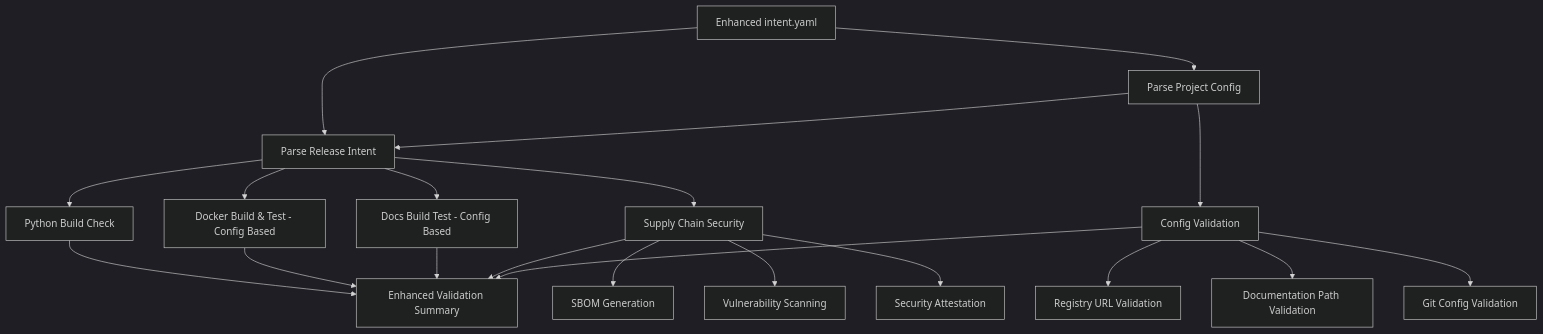
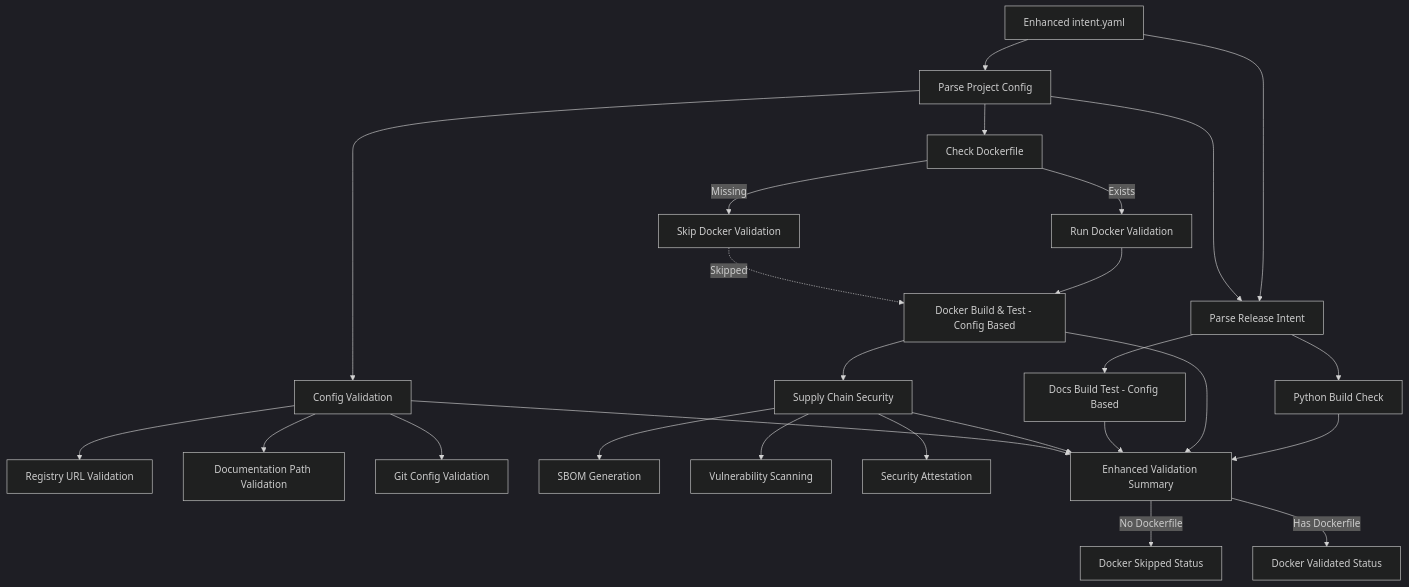
Before and after one commit to Chisanan232/Template-Python-UV-Project: the second of 8 diagrams in docs_with_docusarus/contents/development/ci-cd/release-system.mdx, drawn with Mermaid (dark theme). The commit also changed other lines of this file and 1 other file, not shown here.

Commit message:
✏️ Update the release relative content in the documentation for the Dockerfile checking changes.

````diff
--- a/docs_with_docusarus/contents/development/ci-cd/release-system.mdx
+++ b/docs_with_docusarus/contents/development/ci-cd/release-system.mdx
@@ -156,22 +184,29 @@
 ```mermaid
 graph TD
     A[Enhanced intent.yaml] --> B[Parse Project Config]
     A --> C[Parse Release Intent]
     B --> C
     
+    B --> B1[Check Dockerfile]
+    B1 -->|Exists| B2[Run Docker Validation]
+    B1 -->|Missing| B3[Skip Docker Validation]
+    
     C --> D[Python Build Check]
-    C --> E[Docker Build & Test - Config Based]
+    B2 --> E[Docker Build & Test - Config Based]
+    B3 -.->|Skipped| E
     C --> F[Docs Build Test - Config Based]
-    C --> G[Supply Chain Security]
+    E --> G[Supply Chain Security]
     
     B --> H[Config Validation]
     H --> I[Registry URL Validation]
     H --> J[Documentation Path Validation]
     H --> K[Git Config Validation]
     
     G --> L[SBOM Generation]
     G --> M[Vulnerability Scanning]
     G --> N[Security Attestation]
     
     D & E & F & G & H --> O[Enhanced Validation Summary]
+    O -->|No Dockerfile| P[Docker Skipped Status]
+    O -->|Has Dockerfile| Q[Docker Validated Status]
 ```
````
